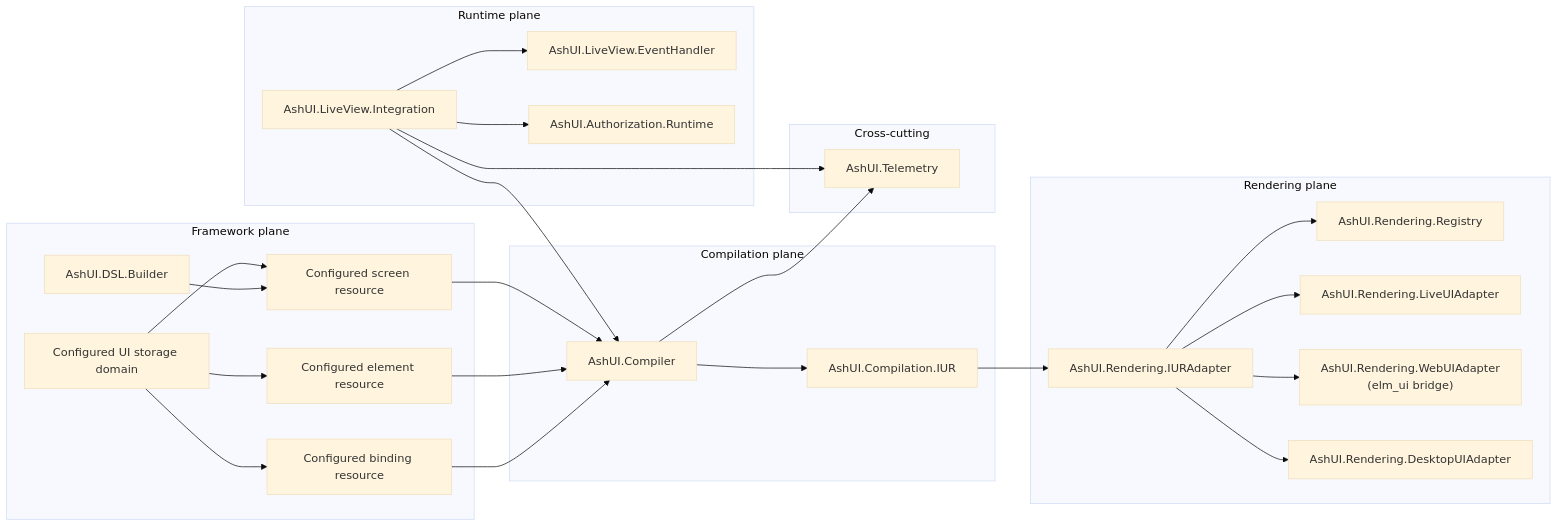
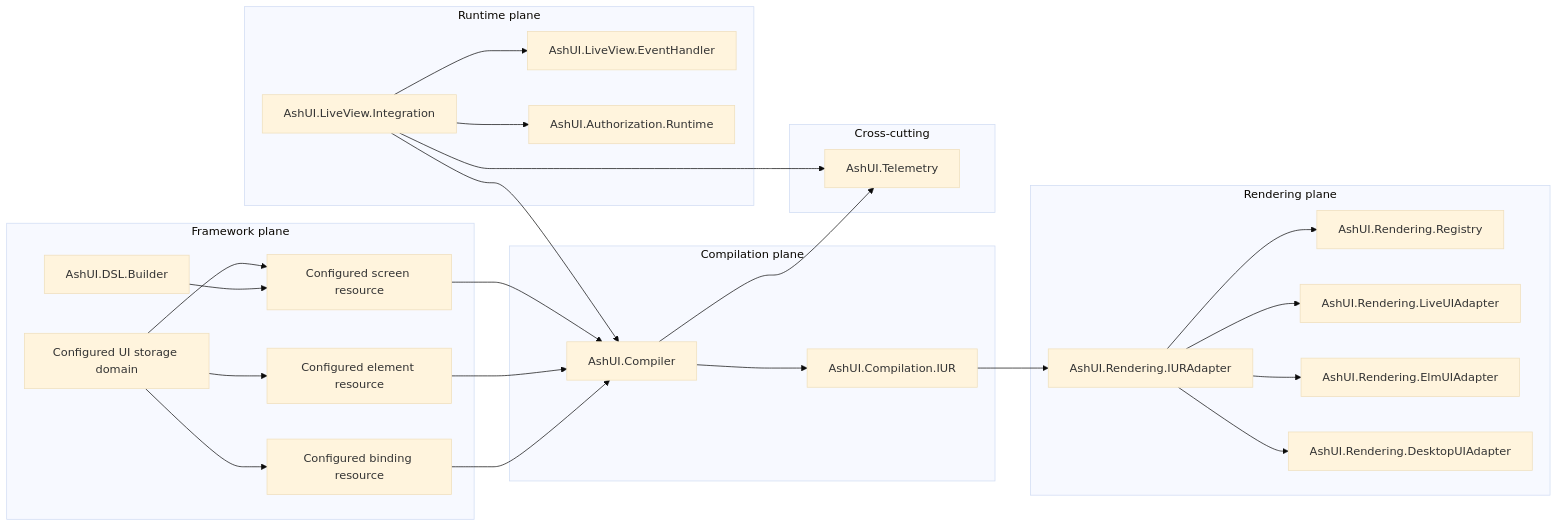
Before and after one commit to The-Metagraph/ash_ui: the diagram in guides/developer/DG-0001-architecture-overview.md, drawn with Mermaid (base theme). The commit also changed other lines of this file and 31 other files, not shown here.

Commit message:
Rename web_ui renderer to elm_ui

````diff
--- a/guides/developer/DG-0001-architecture-overview.md
+++ b/guides/developer/DG-0001-architecture-overview.md
@@ -33,52 +33,52 @@
 ```mermaid
 flowchart LR
     subgraph Framework["Framework plane"]
         Domain["Configured UI storage domain"]
         Screen["Configured screen resource"]
         Element["Configured element resource"]
         Binding["Configured binding resource"]
         Builder["AshUI.DSL.Builder"]
     end
 
     subgraph Compilation["Compilation plane"]
         Compiler["AshUI.Compiler"]
         IUR["AshUI.Compilation.IUR"]
     end
 
     subgraph Runtime["Runtime plane"]
         Live["AshUI.LiveView.Integration"]
         Events["AshUI.LiveView.EventHandler"]
         Auth["AshUI.Authorization.Runtime"]
     end
 
     subgraph Rendering["Rendering plane"]
         Adapter["AshUI.Rendering.IURAdapter"]
         Registry["AshUI.Rendering.Registry"]
         LiveAdapter["AshUI.Rendering.LiveUIAdapter"]
-        WebAdapter["AshUI.Rendering.WebUIAdapter<br/>(elm_ui bridge)"]
+        WebAdapter["AshUI.Rendering.ElmUIAdapter"]
         DesktopAdapter["AshUI.Rendering.DesktopUIAdapter"]
     end
 
     subgraph Observability["Cross-cutting"]
         Telemetry["AshUI.Telemetry"]
     end
 
     Domain --> Screen
     Domain --> Element
     Domain --> Binding
     Builder --> Screen
     Screen --> Compiler
     Element --> Compiler
     Binding --> Compiler
     Compiler --> IUR
     IUR --> Adapter
     Adapter --> Registry
     Live --> Auth
     Live --> Compiler
     Live --> Events
     Live --> Telemetry
     Compiler --> Telemetry
     Adapter --> LiveAdapter
     Adapter --> WebAdapter
     Adapter --> DesktopAdapter
 ```
````
